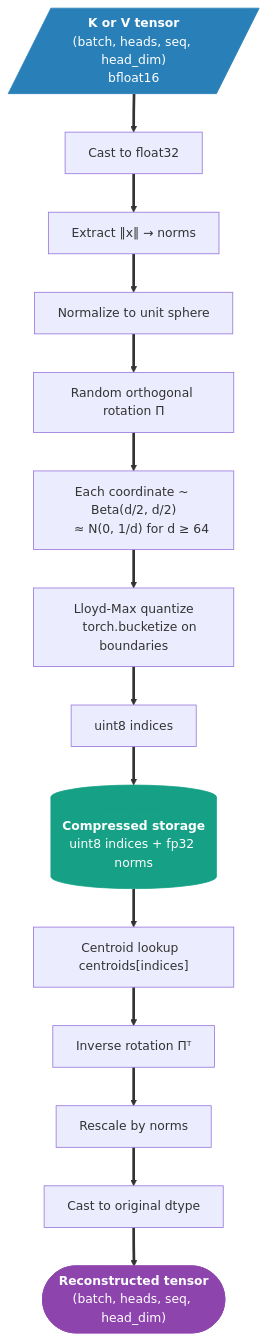
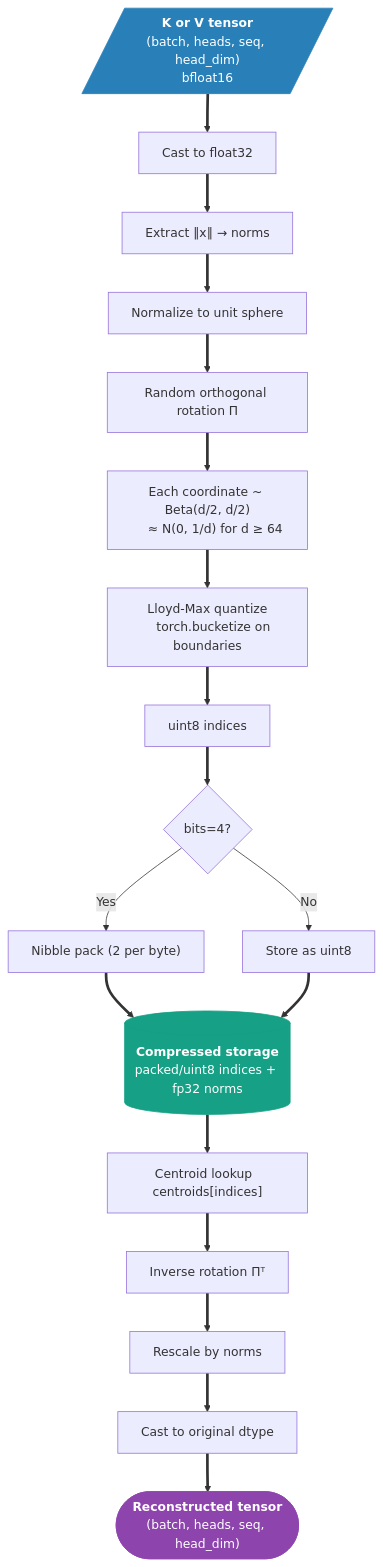
Diagram 15 of 16 in docs/ARCHITECTURE.md (lpf6/tq-vllm), drawn with Mermaid before and after one commit. The commit also changed other lines of this file and 1 other file, not shown here.

First line of the commit message:
docs: update ARCHITECTURE and ROADMAP for TQ4 nibble packing

````diff
--- a/docs/ARCHITECTURE.md
+++ b/docs/ARCHITECTURE.md
@@ -402,28 +420,32 @@
 ```mermaid
 flowchart TD
     KV[/"`**K or V tensor**
     (batch, heads, seq, head_dim)
     bfloat16`"/]:::input
     ==> FLOAT["Cast to float32"]
     ==> NORM["Extract ‖x‖ → norms"]
     ==> UNIT["Normalize to unit sphere"]
     ==> ROT["Random orthogonal rotation Π"]
     ==> BETA["Each coordinate ~ Beta(d/2, d/2)
     ≈ N(0, 1/d) for d ≥ 64"]
     ==> LM["Lloyd-Max quantize
     torch.bucketize on boundaries"]
     ==> IDX["uint8 indices"]
-    ==> STORE[("`**Compressed storage**
-    uint8 indices + fp32 norms`")]:::store
+    ==> PACK{"bits=4?"}
+    PACK -- Yes --> NIB["Nibble pack (2 per byte)"]
+    PACK -- No --> RAW["Store as uint8"]
+    NIB ==> STORE[("`**Compressed storage**
+    packed/uint8 indices + fp32 norms`")]:::store
+    RAW ==> STORE
 
     STORE ==> LOOKUP["Centroid lookup  centroids#91;indices#93;"]
     ==> INVROT["Inverse rotation Πᵀ"]
     ==> SCALE["Rescale by norms"]
     ==> CAST["Cast to original dtype"]
     ==> OUT(["`**Reconstructed tensor**
     (batch, heads, seq, head_dim)`"]):::output
 
     classDef input  fill:#2980b9,color:#fff,stroke:#2980b9
     classDef store  fill:#16a085,color:#fff,stroke:#16a085
     classDef output fill:#8e44ad,color:#fff,stroke:#8e44ad
 ```
````
